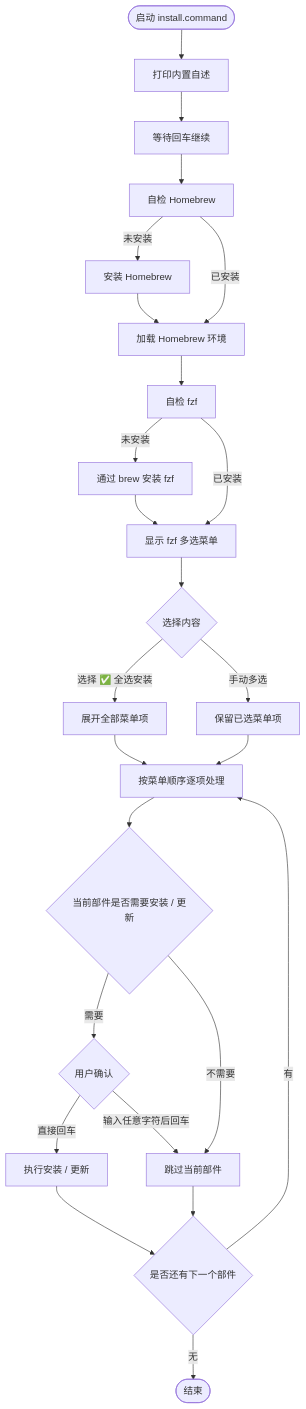
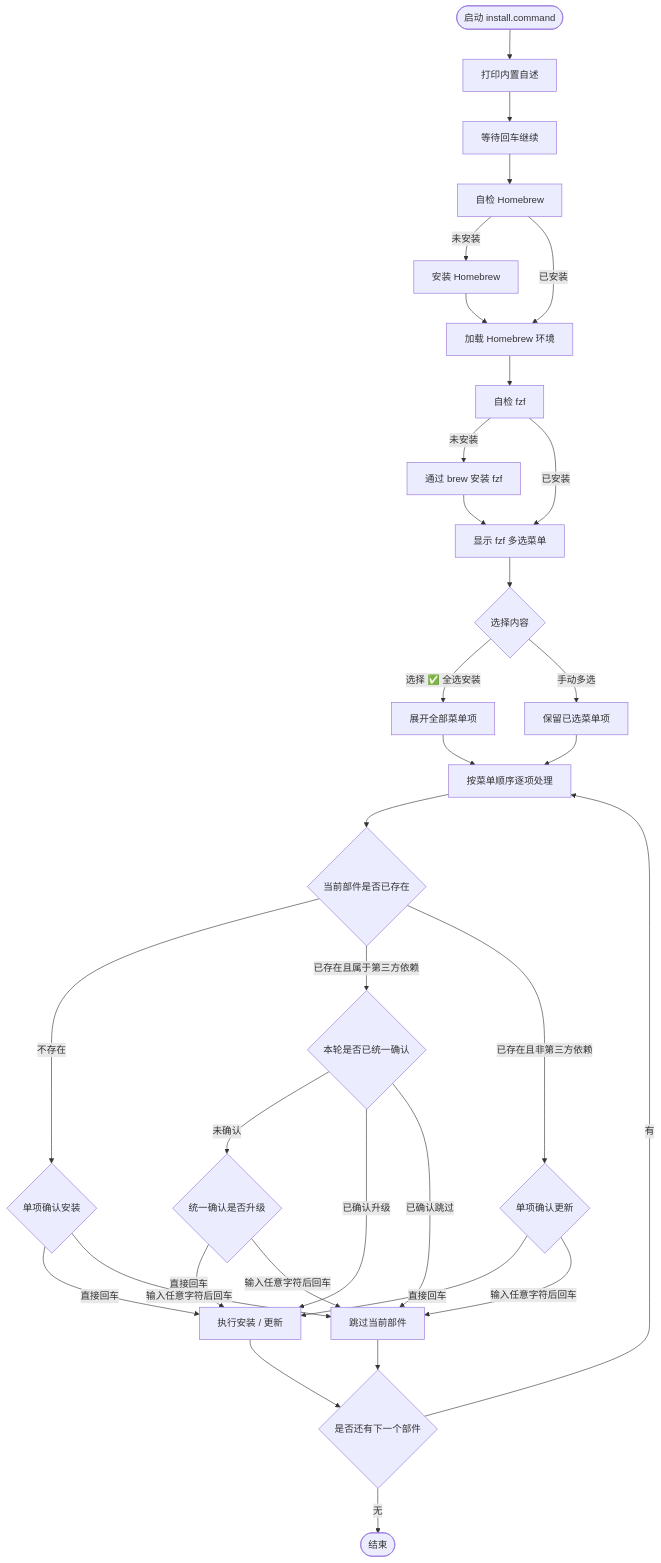
Before and after one commit to JobsKits/JobsMacEnvVarConfig: the first of 3 diagrams in scripts/install.command/README.md, drawn with Mermaid. The commit also changed other lines of this file and 2 other files, not shown here.

````diff
--- a/scripts/install.command/README.md
+++ b/scripts/install.command/README.md
@@ -112,34 +121,43 @@
 ```mermaid
 flowchart TD
     A([启动 install.command]) --> B[打印内置自述]
     B --> C[等待回车继续]
     C --> D[自检 Homebrew]
 
     D -->|未安装| D1[安装 Homebrew]
     D -->|已安装| D2[加载 Homebrew 环境]
     D1 --> D2
 
     D2 --> E[自检 fzf]
     E -->|未安装| E1[通过 brew 安装 fzf]
     E -->|已安装| F[显示 fzf 多选菜单]
     E1 --> F
 
     F --> G{选择内容}
     G -->|选择 ✅ 全选安装| H[展开全部菜单项]
     G -->|手动多选| I[保留已选菜单项]
 
     H --> J[按菜单顺序逐项处理]
     I --> J
 
-    J --> K{当前部件是否需要安装 / 更新}
-    K -->|需要| L{用户确认}
-    K -->|不需要| M[跳过当前部件]
+    J --> K{当前部件是否已存在}
+    K -->|不存在| L{单项确认安装}
+    K -->|已存在且属于第三方依赖| U{本轮是否已统一确认}
+    K -->|已存在且非第三方依赖| V{单项确认更新}
 
+    U -->|未确认| W{统一确认是否升级}
+    U -->|已确认升级| N[执行升级]
+    U -->|已确认跳过| M[跳过当前部件]
+
+    W -->|直接回车| N
+    W -->|输入任意字符后回车| M
     L -->|直接回车| N[执行安装 / 更新]
     L -->|输入任意字符后回车| M
+    V -->|直接回车| N
+    V -->|输入任意字符后回车| M
 
     N --> O{是否还有下一个部件}
     M --> O
     O -->|有| J
     O -->|无| P([结束])
 ```
````
